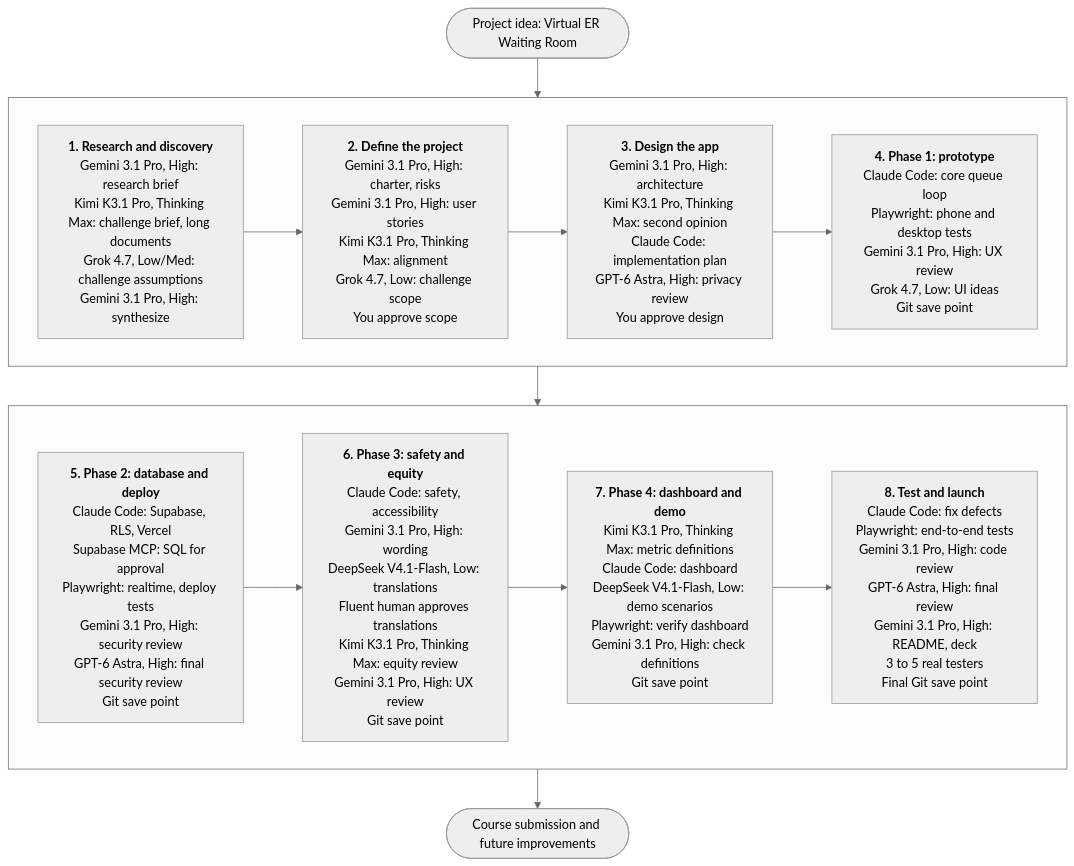
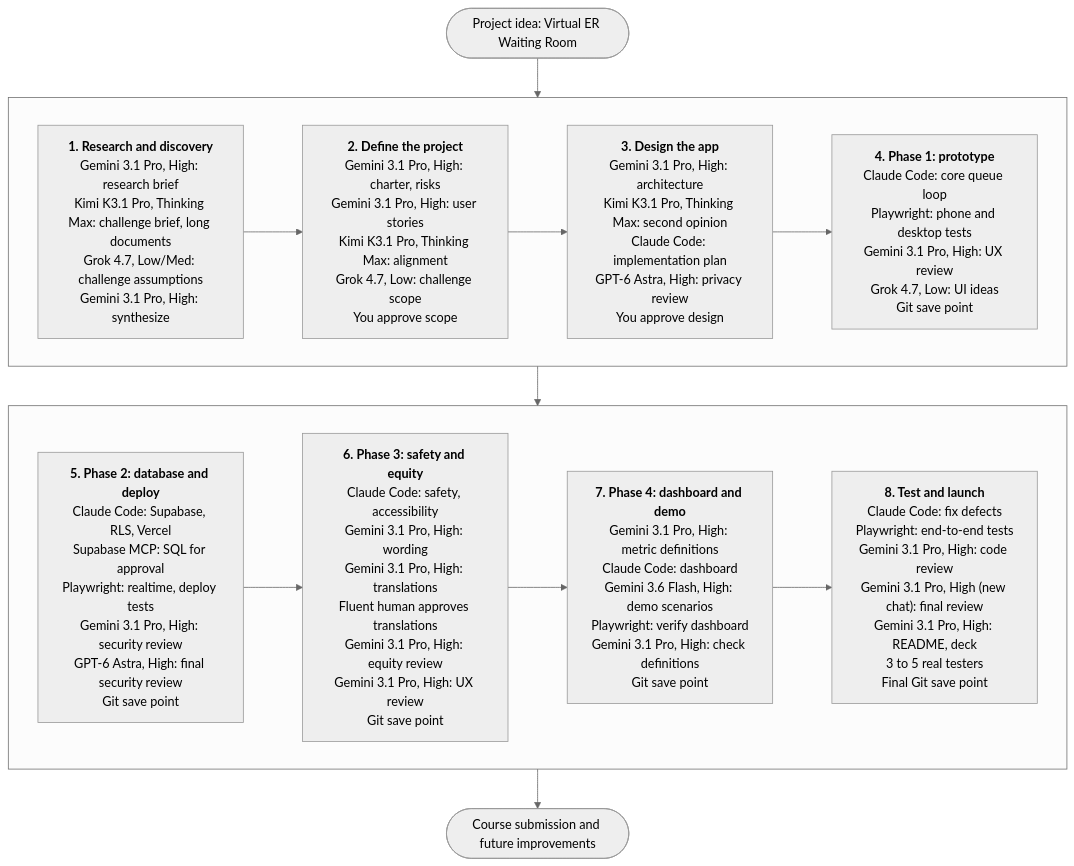
Before and after one commit to mgoldenitz/virtual-er: the diagram in ai_model_workflow_virtual_er.md, drawn with Mermaid (neutral theme). The commit also changed other lines of this file and 6 other files, not shown here.

````diff
--- a/ai_model_workflow_virtual_er.md
+++ b/ai_model_workflow_virtual_er.md
@@ -30,26 +40,26 @@
 ```mermaid
 flowchart TD
     A([Project idea: Virtual ER Waiting Room])
 
     subgraph R1[" "]
         direction LR
         B["<b>1. Research and discovery</b><br>Gemini 3.1 Pro, High: research brief<br>Kimi K3.1 Pro, Thinking Max: challenge brief, long documents<br>Grok 4.7, Low/Med: challenge assumptions<br>Gemini 3.1 Pro, High: synthesize"]
         C["<b>2. Define the project</b><br>Gemini 3.1 Pro, High: charter, risks<br>Gemini 3.1 Pro, High: user stories<br>Kimi K3.1 Pro, Thinking Max: alignment<br>Grok 4.7, Low: challenge scope<br>You approve scope"]
         D["<b>3. Design the app</b><br>Gemini 3.1 Pro, High: architecture<br>Kimi K3.1 Pro, Thinking Max: second opinion<br>Claude Code: implementation plan<br>GPT-6 Astra, High: privacy review<br>You approve design"]
         E["<b>4. Phase 1: prototype</b><br>Claude Code: core queue loop<br>Playwright: phone and desktop tests<br>Gemini 3.1 Pro, High: UX review<br>Grok 4.7, Low: UI ideas<br>Git save point"]
         B --> C --> D --> E
     end
 
     subgraph R2[" "]
         direction LR
         F["<b>5. Phase 2: database and deploy</b><br>Claude Code: Supabase, RLS, Vercel<br>Supabase MCP: SQL for approval<br>Playwright: realtime, deploy tests<br>Gemini 3.1 Pro, High: security review<br>GPT-6 Astra, High: final security review<br>Git save point"]
-        G["<b>6. Phase 3: safety and equity</b><br>Claude Code: safety, accessibility<br>Gemini 3.1 Pro, High: wording<br>DeepSeek V4.1-Flash, Low: translations<br>Fluent human approves translations<br>Kimi K3.1 Pro, Thinking Max: equity review<br>Gemini 3.1 Pro, High: UX review<br>Git save point"]
-        H["<b>7. Phase 4: dashboard and demo</b><br>Kimi K3.1 Pro, Thinking Max: metric definitions<br>Claude Code: dashboard<br>DeepSeek V4.1-Flash, Low: demo scenarios<br>Playwright: verify dashboard<br>Gemini 3.1 Pro, High: check definitions<br>Git save point"]
-        I["<b>8. Test and launch</b><br>Claude Code: fix defects<br>Playwright: end-to-end tests<br>Gemini 3.1 Pro, High: code review<br>GPT-6 Astra, High: final review<br>Gemini 3.1 Pro, High: README, deck<br>3 to 5 real testers<br>Final Git save point"]
+        G["<b>6. Phase 3: safety and equity</b><br>Claude Code: safety, accessibility<br>Gemini 3.1 Pro, High: wording<br>Gemini 3.1 Pro, High: translations<br>Fluent human approves translations<br>Gemini 3.1 Pro, High: equity review<br>Gemini 3.1 Pro, High: UX review<br>Git save point"]
+        H["<b>7. Phase 4: dashboard and demo</b><br>Gemini 3.1 Pro, High: metric definitions<br>Claude Code: dashboard<br>Gemini 3.6 Flash, High: demo scenarios<br>Playwright: verify dashboard<br>Gemini 3.1 Pro, High: check definitions<br>Git save point"]
+        I["<b>8. Test and launch</b><br>Claude Code: fix defects<br>Playwright: end-to-end tests<br>Gemini 3.1 Pro, High: code review<br>Gemini 3.1 Pro, High (new chat): final review<br>Gemini 3.1 Pro, High: README, deck<br>3 to 5 real testers<br>Final Git save point"]
         F --> G --> H --> I
     end
 
     J([Course submission and future improvements])
 
     A --> R1 --> R2 --> J
 ```
````
